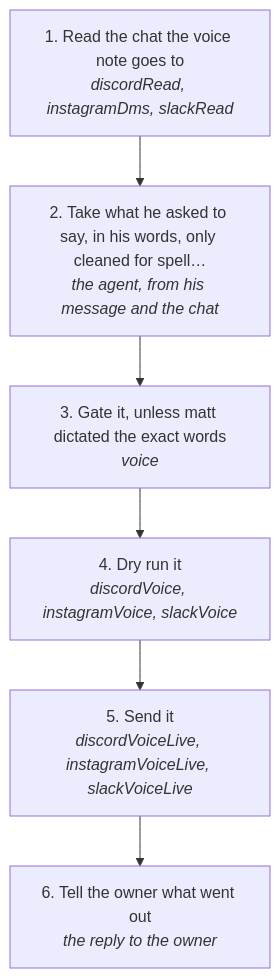
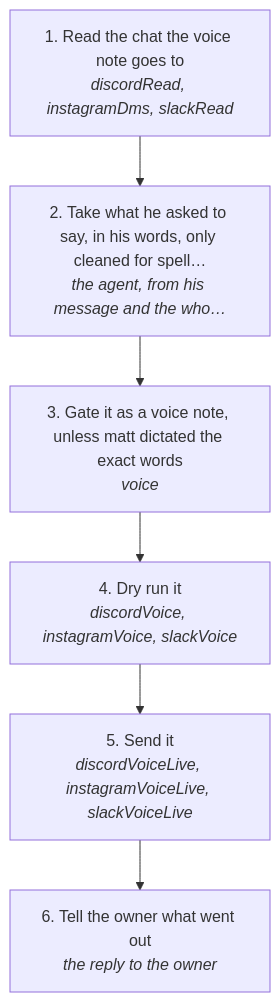
Before and after one commit to matthewdonsemail-lab/log: the diagram in docs/useCases/inbox/voiceNote.md, drawn with Mermaid. The commit also changed other lines of this file and 27 other files, not shown here.

Commit message:
feat: voice notes never open with a breath, vary their breaths and pace, and are gated as spoken on building on the chat (rule 149)

````diff
--- a/docs/useCases/inbox/voiceNote.md
+++ b/docs/useCases/inbox/voiceNote.md
@@ -14,14 +14,14 @@
 ```mermaid
 flowchart TD
   s0["1. Read the chat the voice note goes to<br/><i>discordRead, instagramDms, slackRead</i>"]
-  s1["2. Take what he asked to say, in his words, only cleaned for spell…<br/><i>the agent, from his message and the chat</i>"]
-  s2["3. Gate it, unless matt dictated the exact words<br/><i>voice</i>"]
+  s1["2. Take what he asked to say, in his words, only cleaned for spell…<br/><i>the agent, from his message and the who…</i>"]
+  s2["3. Gate it as a voice note, unless matt dictated the exact words<br/><i>voice</i>"]
   s3["4. Dry run it<br/><i>discordVoice, instagramVoice, slackVoice</i>"]
   s4["5. Send it<br/><i>discordVoiceLive, instagramVoiceLive, slackVoiceLive</i>"]
   s5["6. Tell the owner what went out<br/><i>the reply to the owner</i>"]
   s0 --> s1
   s1 --> s2
   s2 --> s3
   s3 --> s4
   s4 --> s5
 ```
````
